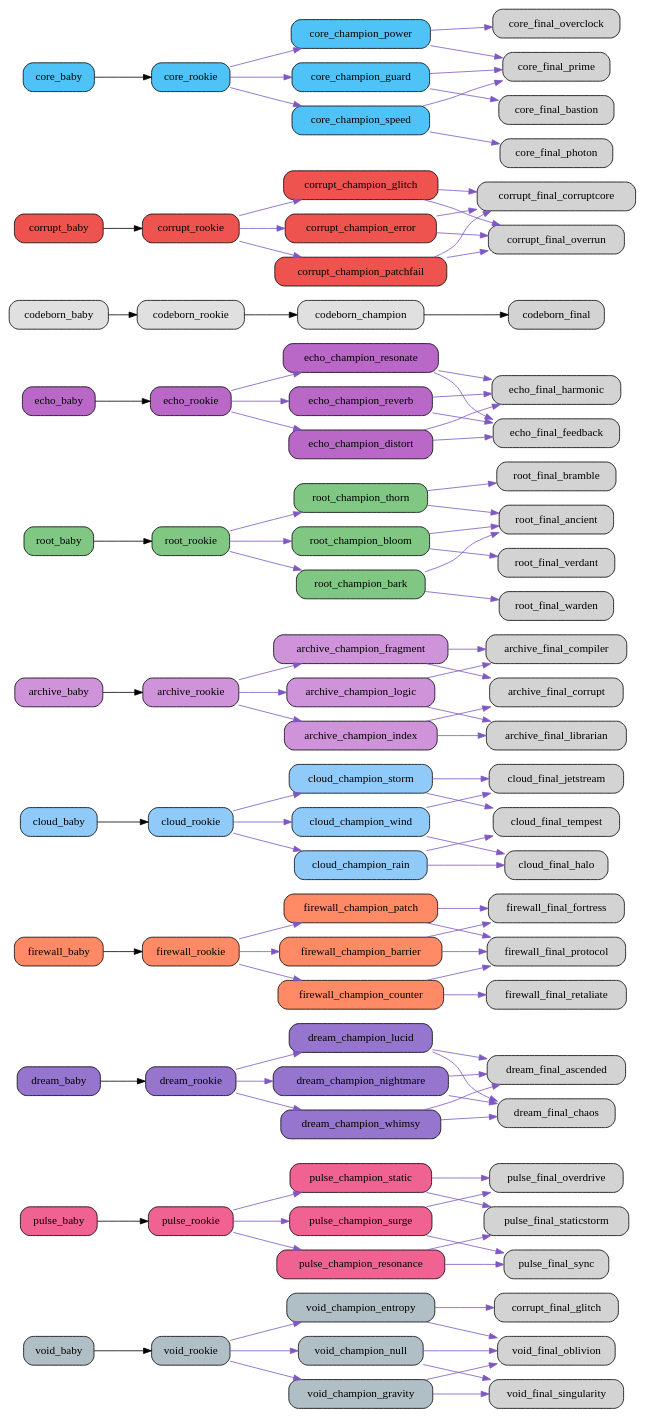
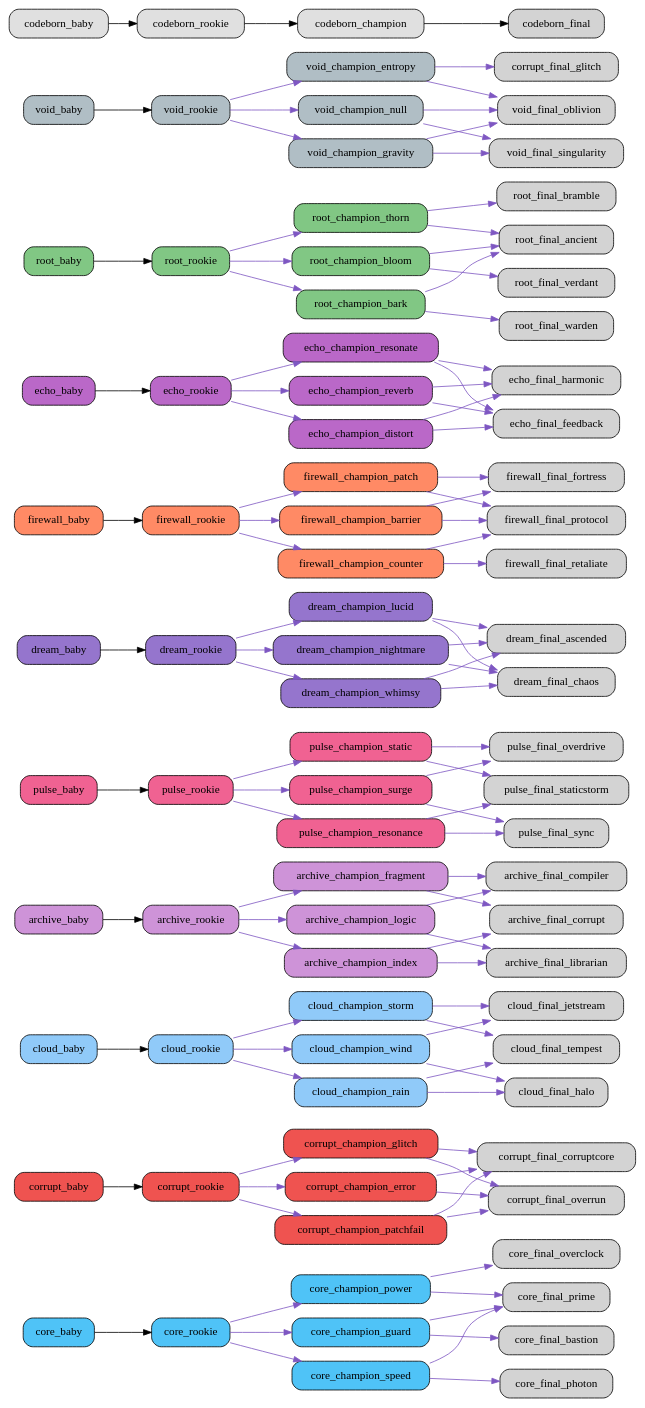
One commit to bwlight/NetGrid changed the diagram in src/netgrid/systems/evolution/graphs/full/evolution_graph.dot. Above: the diagram before and after it, drawn with Graphviz. The commit also changed other lines of this file and 8 other files, not shown here.

Commit message:
Auto-update evolution graphs

```diff
--- a/src/netgrid/systems/evolution/graphs/full/evolution_graph.dot
+++ b/src/netgrid/systems/evolution/graphs/full/evolution_graph.dot
@@ -1,21 +1,66 @@
 digraph EvolutionTree {
   rankdir=LR;
   node [shape=box, style="rounded,filled"];
-  "void_baby" [fillcolor="#b0bec5"];
-  "void_baby" -> "void_rookie";
-  "void_rookie" [fillcolor="#b0bec5"];
-  "void_rookie" -> "void_champion_entropy" [color="#7e57c2"];
-  "void_rookie" -> "void_champion_gravity" [color="#7e57c2"];
-  "void_rookie" -> "void_champion_null" [color="#7e57c2"];
-  "void_champion_entropy" [fillcolor="#b0bec5"];
-  "void_champion_entropy" -> "corrupt_final_glitch" [color="#7e57c2"];
-  "void_champion_entropy" -> "void_final_oblivion" [color="#7e57c2"];
-  "void_champion_gravity" [fillcolor="#b0bec5"];
-  "void_champion_gravity" -> "void_final_singularity" [color="#7e57c2"];
-  "void_champion_gravity" -> "void_final_oblivion" [color="#7e57c2"];
-  "void_champion_null" [fillcolor="#b0bec5"];
-  "void_champion_null" -> "void_final_oblivion" [color="#7e57c2"];
-  "void_champion_null" -> "void_final_singularity" [color="#7e57c2"];
+  "core_baby" [fillcolor="#4fc3f7"];
+  "core_baby" -> "core_rookie";
+  "core_rookie" [fillcolor="#4fc3f7"];
+  "core_rookie" -> "core_champion_power" [color="#7e57c2"];
+  "core_rookie" -> "core_champion_guard" [color="#7e57c2"];
+  "core_rookie" -> "core_champion_speed" [color="#7e57c2"];
+  "core_champion_power" [fillcolor="#4fc3f7"];
+  "core_champion_power" -> "core_final_overclock" [color="#7e57c2"];
+  "core_champion_power" -> "core_final_prime" [color="#7e57c2"];
+  "core_champion_guard" [fillcolor="#4fc3f7"];
+  "core_champion_guard" -> "core_final_bastion" [color="#7e57c2"];
+  "core_champion_guard" -> "core_final_prime" [color="#7e57c2"];
+  "core_champion_speed" [fillcolor="#4fc3f7"];
+  "core_champion_speed" -> "core_final_photon" [color="#7e57c2"];
+  "core_champion_speed" -> "core_final_prime" [color="#7e57c2"];
+  "corrupt_baby" [fillcolor="#ef5350"];
+  "corrupt_baby" -> "corrupt_rookie";
+  "corrupt_rookie" [fillcolor="#ef5350"];
+  "corrupt_rookie" -> "corrupt_champion_glitch" [color="#7e57c2"];
+  "corrupt_rookie" -> "corrupt_champion_error" [color="#7e57c2"];
+  "corrupt_rookie" -> "corrupt_champion_patchfail" [color="#7e57c2"];
+  "corrupt_champion_glitch" [fillcolor="#ef5350"];
+  "corrupt_champion_glitch" -> "corrupt_final_corruptcore" [color="#7e57c2"];
+  "corrupt_champion_glitch" -> "corrupt_final_overrun" [color="#7e57c2"];
+  "corrupt_champion_error" [fillcolor="#ef5350"];
+  "corrupt_champion_error" -> "corrupt_final_overrun" [color="#7e57c2"];
+  "corrupt_champion_error" -> "corrupt_final_corruptcore" [color="#7e57c2"];
+  "corrupt_champion_patchfail" [fillcolor="#ef5350"];
+  "corrupt_champion_patchfail" -> "corrupt_final_corruptcore" [color="#7e57c2"];
+  "corrupt_champion_patchfail" -> "corrupt_final_overrun" [color="#7e57c2"];
+  "cloud_baby" [fillcolor="#90caf9"];
+  "cloud_baby" -> "cloud_rookie";
+  "cloud_rookie" [fillcolor="#90caf9"];
+  "cloud_rookie" -> "cloud_champion_wind" [color="#7e57c2"];
+  "cloud_rookie" -> "cloud_champion_rain" [color="#7e57c2"];
+  "cloud_rookie" -> "cloud_champion_storm" [color="#7e57c2"];
+  "cloud_champion_wind" [fillcolor="#90caf9"];
+  "cloud_champion_wind" -> "cloud_final_jetstream" [color="#7e57c2"];
+  "cloud_champion_wind" -> "cloud_final_halo" [color="#7e57c2"];
+  "cloud_champion_rain" [fillcolor="#90caf9"];
+  "cloud_champion_rain" -> "cloud_final_halo" [color="#7e57c2"];
+  "cloud_champion_rain" -> "cloud_final_tempest" [color="#7e57c2"];
+  "cloud_champion_storm" [fillcolor="#90caf9"];
+  "cloud_champion_storm" -> "cloud_final_tempest" [color="#7e57c2"];
+  "cloud_champion_storm" -> "cloud_final_jetstream" [color="#7e57c2"];
+  "archive_baby" [fillcolor="#ce93d8"];
+  "archive_baby" -> "archive_rookie";
+  "archive_rookie" [fillcolor="#ce93d8"];
+  "archive_rookie" -> "archive_champion_logic" [color="#7e57c2"];
+  "archive_rookie" -> "archive_champion_index" [color="#7e57c2"];
+  "archive_rookie" -> "archive_champion_fragment" [color="#7e57c2"];
+  "archive_champion_logic" [fillcolor="#ce93d8"];
+  "archive_champion_logic" -> "archive_final_compiler" [color="#7e57c2"];
+  "archive_champion_logic" -> "archive_final_librarian" [color="#7e57c2"];
+  "archive_champion_index" [fillcolor="#ce93d8"];
+  "archive_champion_index" -> "archive_final_librarian" [color="#7e57c2"];
+  "archive_champion_index" -> "archive_final_corrupt" [color="#7e57c2"];
+  "archive_champion_fragment" [fillcolor="#ce93d8"];
+  "archive_champion_fragment" -> "archive_final_corrupt" [color="#7e57c2"];
+  "archive_champion_fragment" -> "archive_final_compiler" [color="#7e57c2"];
   "pulse_baby" [fillcolor="#f06292"];
   "pulse_baby" -> "pulse_rookie";
   "pulse_rookie" [fillcolor="#f06292"];
@@ -61,36 +106,21 @@
   "firewall_champion_patch" [fillcolor="#ff8a65"];
   "firewall_champion_patch" -> "firewall_final_protocol" [color="#7e57c2"];
   "firewall_champion_patch" -> "firewall_final_fortress" [color="#7e57c2"];
-  "cloud_baby" [fillcolor="#90caf9"];
-  "cloud_baby" -> "cloud_rookie";
-  "cloud_rookie" [fillcolor="#90caf9"];
-  "cloud_rookie" -> "cloud_champion_wind" [color="#7e57c2"];
-  "cloud_rookie" -> "cloud_champion_rain" [color="#7e57c2"];
-  "cloud_rookie" -> "cloud_champion_storm" [color="#7e57c2"];
-  "cloud_champion_wind" [fillcolor="#90caf9"];
-  "cloud_champion_wind" -> "cloud_final_jetstream" [color="#7e57c2"];
-  "cloud_champion_wind" -> "cloud_final_halo" [color="#7e57c2"];
-  "cloud_champion_rain" [fillcolor="#90caf9"];
-  "cloud_champion_rain" -> "cloud_final_halo" [color="#7e57c2"];
-  "cloud_champion_rain" -> "cloud_final_tempest" [color="#7e57c2"];
-  "cloud_champion_storm" [fillcolor="#90caf9"];
-  "cloud_champion_storm" -> "cloud_final_tempest" [color="#7e57c2"];
-  "cloud_champion_storm" -> "cloud_final_jetstream" [color="#7e57c2"];
-  "archive_baby" [fillcolor="#ce93d8"];
-  "archive_baby" -> "archive_rookie";
-  "archive_rookie" [fillcolor="#ce93d8"];
-  "archive_rookie" -> "archive_champion_logic" [color="#7e57c2"];
-  "archive_rookie" -> "archive_champion_index" [color="#7e57c2"];
-  "archive_rookie" -> "archive_champion_fragment" [color="#7e57c2"];
-  "archive_champion_logic" [fillcolor="#ce93d8"];
-  "archive_champion_logic" -> "archive_final_compiler" [color="#7e57c2"];
-  "archive_champion_logic" -> "archive_final_librarian" [color="#7e57c2"];
-  "archive_champion_index" [fillcolor="#ce93d8"];
-  "archive_champion_index" -> "archive_final_librarian" [color="#7e57c2"];
-  "archive_champion_index" -> "archive_final_corrupt" [color="#7e57c2"];
-  "archive_champion_fragment" [fillcolor="#ce93d8"];
-  "archive_champion_fragment" -> "archive_final_corrupt" [color="#7e57c2"];
-  "archive_champion_fragment" -> "archive_final_compiler" [color="#7e57c2"];
+  "echo_baby" [fillcolor="#ba68c8"];
+  "echo_baby" -> "echo_rookie";
+  "echo_rookie" [fillcolor="#ba68c8"];
+  "echo_rookie" -> "echo_champion_resonate" [color="#7e57c2"];
+  "echo_rookie" -> "echo_champion_reverb" [color="#7e57c2"];
+  "echo_rookie" -> "echo_champion_distort" [color="#7e57c2"];
+  "echo_champion_resonate" [fillcolor="#ba68c8"];
+  "echo_champion_resonate" -> "echo_final_harmonic" [color="#7e57c2"];
+  "echo_champion_resonate" -> "echo_final_feedback" [color="#7e57c2"];
+  "echo_champion_reverb" [fillcolor="#ba68c8"];
+  "echo_champion_reverb" -> "echo_final_feedback" [color="#7e57c2"];
+  "echo_champion_reverb" -> "echo_final_harmonic" [color="#7e57c2"];
+  "echo_champion_distort" [fillcolor="#ba68c8"];
+  "echo_champion_distort" -> "echo_final_feedback" [color="#7e57c2"];
+  "echo_champion_distort" -> "echo_final_harmonic" [color="#7e57c2"];
   "root_baby" [fillcolor="#81c784"];
   "root_baby" -> "root_rookie";
   "root_rookie" [fillcolor="#81c784"];
@@ -106,55 +136,25 @@
   "root_champion_bark" [fillcolor="#81c784"];
   "root_champion_bark" -> "root_final_warden" [color="#7e57c2"];
   "root_champion_bark" -> "root_final_ancient" [color="#7e57c2"];
-  "echo_baby" [fillcolor="#ba68c8"];
-  "echo_baby" -> "echo_rookie";
-  "echo_rookie" [fillcolor="#ba68c8"];
-  "echo_rookie" -> "echo_champion_resonate" [color="#7e57c2"];
-  "echo_rookie" -> "echo_champion_reverb" [color="#7e57c2"];
-  "echo_rookie" -> "echo_champion_distort" [color="#7e57c2"];
-  "echo_champion_resonate" [fillcolor="#ba68c8"];
-  "echo_champion_resonate" -> "echo_final_harmonic" [color="#7e57c2"];
-  "echo_champion_resonate" -> "echo_final_feedback" [color="#7e57c2"];
-  "echo_champion_reverb" [fillcolor="#ba68c8"];
-  "echo_champion_reverb" -> "echo_final_feedback" [color="#7e57c2"];
-  "echo_champion_reverb" -> "echo_final_harmonic" [color="#7e57c2"];
-  "echo_champion_distort" [fillcolor="#ba68c8"];
-  "echo_champion_distort" -> "echo_final_feedback" [color="#7e57c2"];
-  "echo_champion_distort" -> "echo_final_harmonic" [color="#7e57c2"];
+  "void_baby" [fillcolor="#b0bec5"];
+  "void_baby" -> "void_rookie";
+  "void_rookie" [fillcolor="#b0bec5"];
+  "void_rookie" -> "void_champion_entropy" [color="#7e57c2"];
+  "void_rookie" -> "void_champion_gravity" [color="#7e57c2"];
+  "void_rookie" -> "void_champion_null" [color="#7e57c2"];
+  "void_champion_entropy" [fillcolor="#b0bec5"];
+  "void_champion_entropy" -> "corrupt_final_glitch" [color="#7e57c2"];
+  "void_champion_entropy" -> "void_final_oblivion" [color="#7e57c2"];
+  "void_champion_gravity" [fillcolor="#b0bec5"];
+  "void_champion_gravity" -> "void_final_singularity" [color="#7e57c2"];
+  "void_champion_gravity" -> "void_final_oblivion" [color="#7e57c2"];
+  "void_champion_null" [fillcolor="#b0bec5"];
+  "void_champion_null" -> "void_final_oblivion" [color="#7e57c2"];
+  "void_champion_null" -> "void_final_singularity" [color="#7e57c2"];
   "codeborn_baby" [fillcolor="#e0e0e0"];
   "codeborn_baby" -> "codeborn_rookie";
   "codeborn_rookie" [fillcolor="#e0e0e0"];
   "codeborn_rookie" -> "codeborn_champion";
   "codeborn_champion" [fillcolor="#e0e0e0"];
   "codeborn_champion" -> "codeborn_final";
-  "corrupt_baby" [fillcolor="#ef5350"];
-  "corrupt_baby" -> "corrupt_rookie";
-  "corrupt_rookie" [fillcolor="#ef5350"];
-  "corrupt_rookie" -> "corrupt_champion_glitch" [color="#7e57c2"];
-  "corrupt_rookie" -> "corrupt_champion_error" [color="#7e57c2"];
-  "corrupt_rookie" -> "corrupt_champion_patchfail" [color="#7e57c2"];
-  "corrupt_champion_glitch" [fillcolor="#ef5350"];
-  "corrupt_champion_glitch" -> "corrupt_final_corruptcore" [color="#7e57c2"];
-  "corrupt_champion_glitch" -> "corrupt_final_overrun" [color="#7e57c2"];
-  "corrupt_champion_error" [fillcolor="#ef5350"];
-  "corrupt_champion_error" -> "corrupt_final_overrun" [color="#7e57c2"];
-  "corrupt_champion_error" -> "corrupt_final_corruptcore" [color="#7e57c2"];
-  "corrupt_champion_patchfail" [fillcolor="#ef5350"];
-  "corrupt_champion_patchfail" -> "corrupt_final_corruptcore" [color="#7e57c2"];
-  "corrupt_champion_patchfail" -> "corrupt_final_overrun" [color="#7e57c2"];
-  "core_baby" [fillcolor="#4fc3f7"];
-  "core_baby" -> "core_rookie";
-  "core_rookie" [fillcolor="#4fc3f7"];
-  "core_rookie" -> "core_champion_power" [color="#7e57c2"];
-  "core_rookie" -> "core_champion_guard" [color="#7e57c2"];
-  "core_rookie" -> "core_champion_speed" [color="#7e57c2"];
-  "core_champion_power" [fillcolor="#4fc3f7"];
-  "core_champion_power" -> "core_final_overclock" [color="#7e57c2"];
-  "core_champion_power" -> "core_final_prime" [color="#7e57c2"];
-  "core_champion_guard" [fillcolor="#4fc3f7"];
-  "core_champion_guard" -> "core_final_bastion" [color="#7e57c2"];
-  "core_champion_guard" -> "core_final_prime" [color="#7e57c2"];
-  "core_champion_speed" [fillcolor="#4fc3f7"];
-  "core_champion_speed" -> "core_final_photon" [color="#7e57c2"];
-  "core_champion_speed" -> "core_final_prime" [color="#7e57c2"];
 }
```
